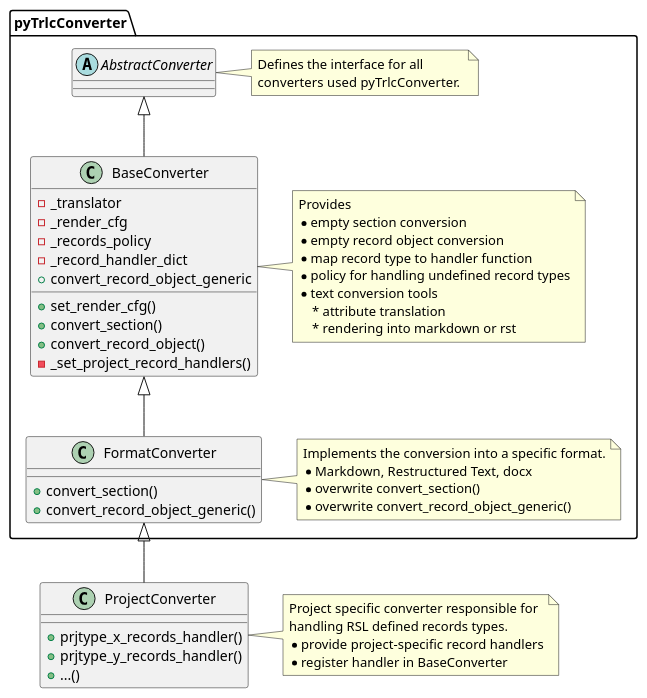
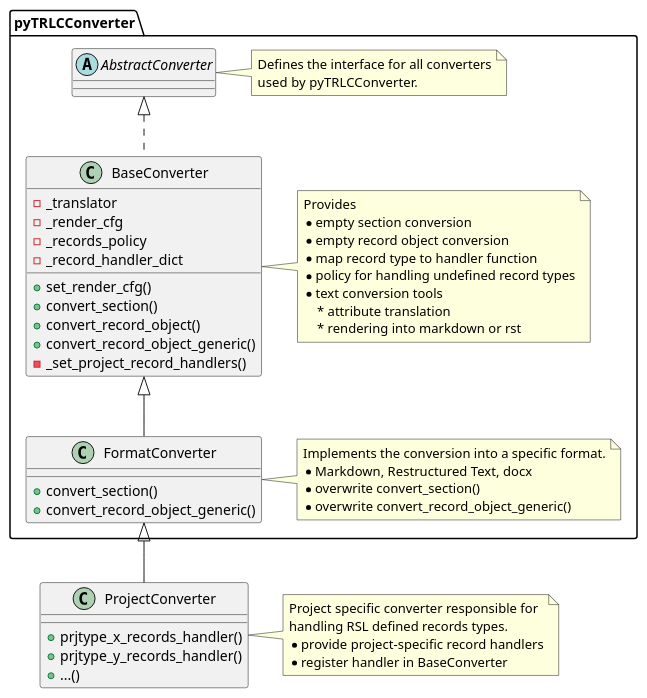
Before and after one commit to NewTec-GmbH/pyTRLCConverter: the diagram in doc/architecture/concepts/concept_converter_derivation.puml, drawn with PlantUML. The commit also changed 12 other files, not shown here.

```diff
--- a/doc/architecture/concepts/concept_converter_derivation.puml
+++ b/doc/architecture/concepts/concept_converter_derivation.puml
@@ -1,60 +1,60 @@
 @startuml
 
-package pyTrlcConverter {
+package pyTRLCConverter {
     abstract class AbstractConverter {
     }
 
     note right of AbstractConverter
-       Defines the interface for all
-       converters used pyTrlcConverter. 
+       Defines the interface for all converters
+       used by pyTRLCConverter.
     end note
 
     ' BaseConverter class
-    class BaseConverter extends AbstractConverter {
+    class BaseConverter implements AbstractConverter {
         -_translator
         -_render_cfg
         -_records_policy
         - _record_handler_dict
         +set_render_cfg()
         +convert_section()
         +convert_record_object()
-        +convert_record_object_generic
+        +convert_record_object_generic()
         -_set_project_record_handlers()
     }
     note right of BaseConverter
-        Provides 
+        Provides
         * empty section conversion
         * empty record object conversion
         * map record type to handler function
         * policy for handling undefined record types
         * text conversion tools
             * attribute translation
             * rendering into markdown or rst
     end note
 
     class FormatConverter extends BaseConverter {
         +convert_section()
         +convert_record_object_generic()
     }
     note right of FormatConverter
         Implements the conversion into a specific format.
         * Markdown, Restructured Text, docx
         * overwrite convert_section()
         * overwrite convert_record_object_generic()
     end note
 }
 
-class ProjectConverter extends pyTrlcConverter.FormatConverter {
+class ProjectConverter extends pyTRLCConverter.FormatConverter {
     +prjtype_x_records_handler()
     +prjtype_y_records_handler()
     + ...()
 }
 
 note right of ProjectConverter
     Project specific converter responsible for
     handling RSL defined records types.
     * provide project-specific record handlers
     * register handler in BaseConverter
 end note
 
 @enduml
```
